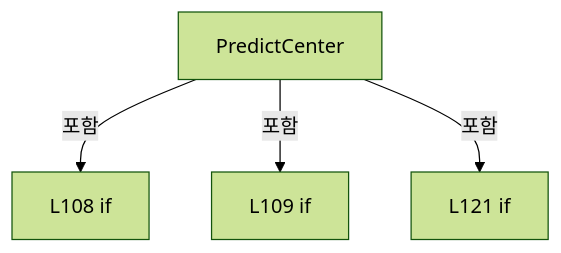
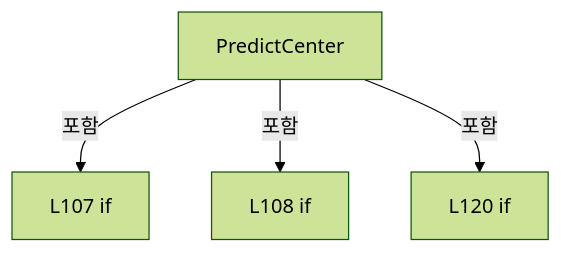
The eighth of 16 diagrams in A3 LD Code Ref/files/Drilling.Common/Correction/CDefaultOffsetCalibration.cs.md (kjuws10-rgb/Shared), drawn with Mermaid (forest theme) before and after one commit. The commit also changed other lines of this file and 2071 other files, not shown here.

Commit message:
docs(a3): update 11.19.0 architecture and code reference

````diff
--- a/A3 LD Code Ref/files/Drilling.Common/Correction/CDefaultOffsetCalibration.cs.md
+++ b/A3 LD Code Ref/files/Drilling.Common/Correction/CDefaultOffsetCalibration.cs.md
@@ -816,10 +816,10 @@
 ```mermaid
 flowchart TD
  M["PredictCenter"]
- N0["L108 if"]
+ N0["L107 if"]
  M -->|포함| N0
- N1["L109 if"]
+ N1["L108 if"]
  M -->|포함| N1
- N2["L121 if"]
+ N2["L120 if"]
  M -->|포함| N2
 ```
````
